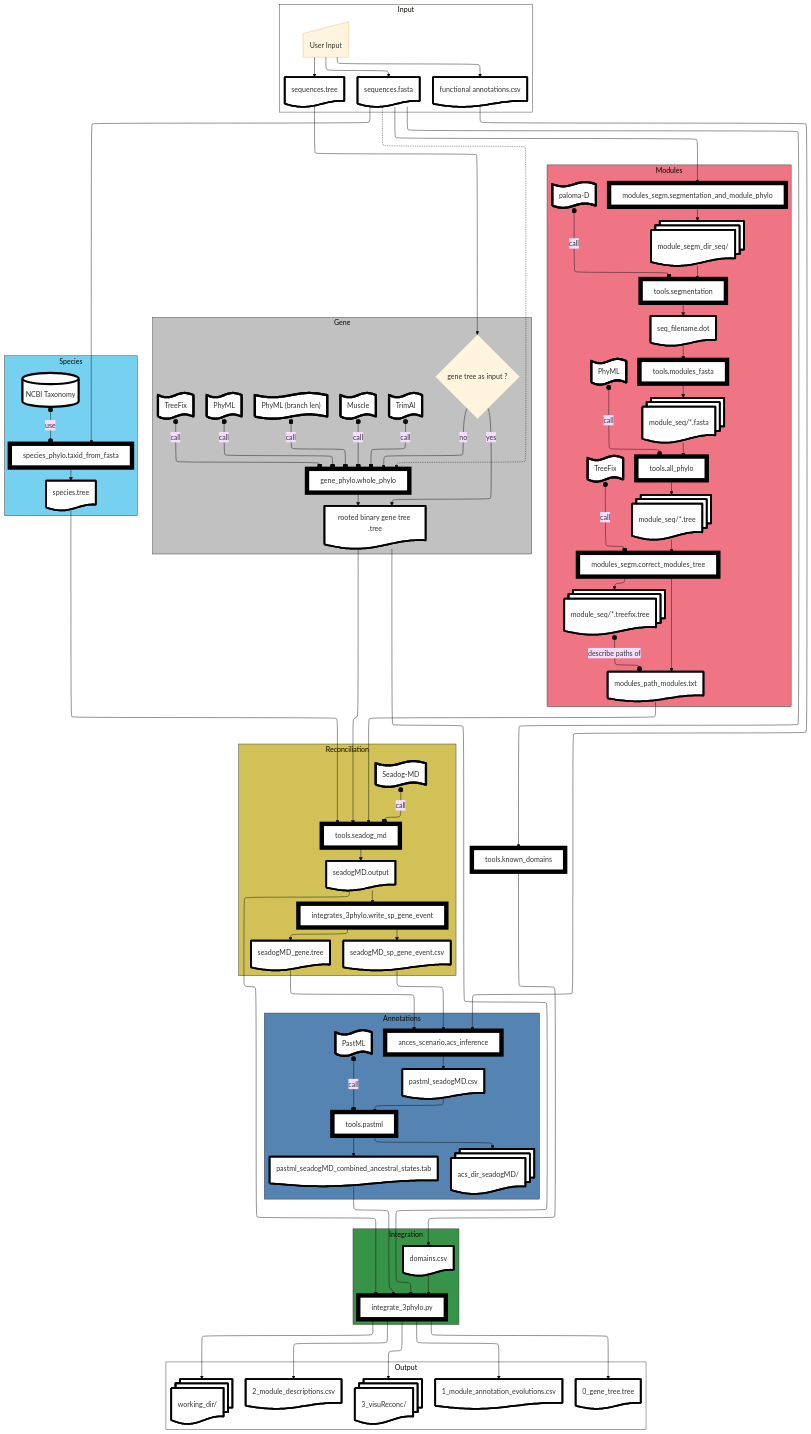
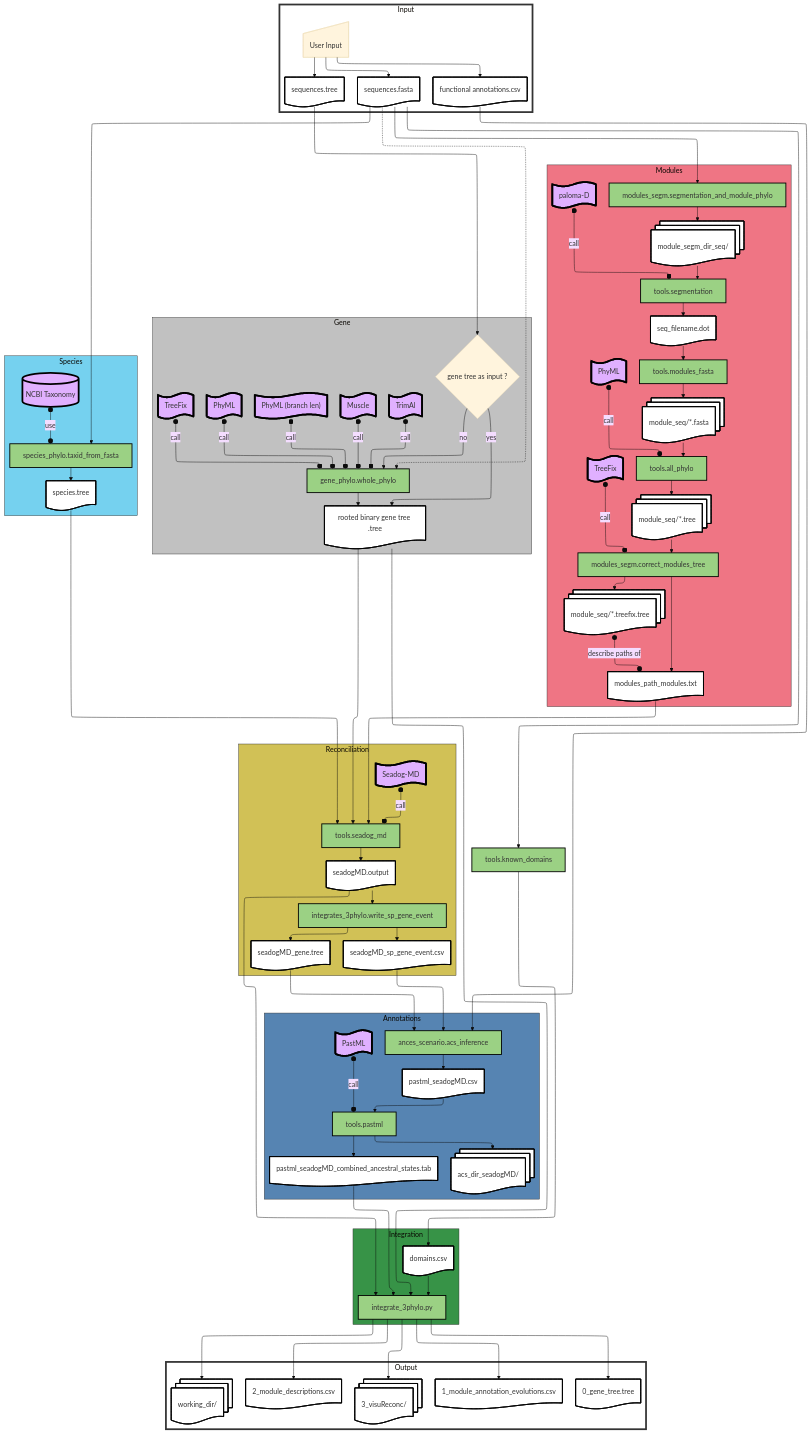
Before and after one commit to OcMalde/fuse-phylotree: the diagram in README.md, drawn with Mermaid.

Commit message:
readme mermaid test

````diff
--- a/README.md
+++ b/README.md
@@ -33,7 +33,7 @@
 U --> B
 U --> C
 end
-style Input fill:#fff,stroke:#333,stroke-width:1px
+style Input fill:#fff,stroke:#333,stroke-width:4px
 
 subgraph Modules
 A@{ shape: doc, label: "sequences.fasta" } --> m1[modules_segm.segmentation_and_module_phylo]
@@ -117,16 +117,16 @@
 i1 --> i5@{ shape: docs, label: "3_visuReconc/" }
 i1 --> i6@{ shape: docs, label: "working_dir/" }
 end
-style Output fill:#fff,stroke:#333,stroke-width:1px
+style Output fill:#fff,stroke:#333,stroke-width:4px
 
 
-classDef tools fill:#fff,stroke:#000,stroke-width:5px;
+classDef tools fill:#E0B0FF,stroke:#000,stroke-width:4px;
 class m5,m9,m11,g4,g5,g6,g7,g8,s2,r2,a4 tools
 
-classDef files fill:#fff,stroke:#000,stroke-width:4px;
+classDef files fill:#fff,stroke:#000,stroke-width:2px;
 class A,B,C,m2,m4,m7,m12,m13,m14,g2,s3,r3,r5,r6,a2,a5,a6,i2,i3,i4,i5,i6,d2 files
 
-classDef scripts fill:#fff,stroke:#000,stroke-width:10px;
+classDef scripts fill:#9BD184,stroke:#000,stroke-width:2px;
 class m1,m3,m6,m8,m10,g3,s1,d1,r1,r4,a1,a3,i1 scripts
 
 ```
````
